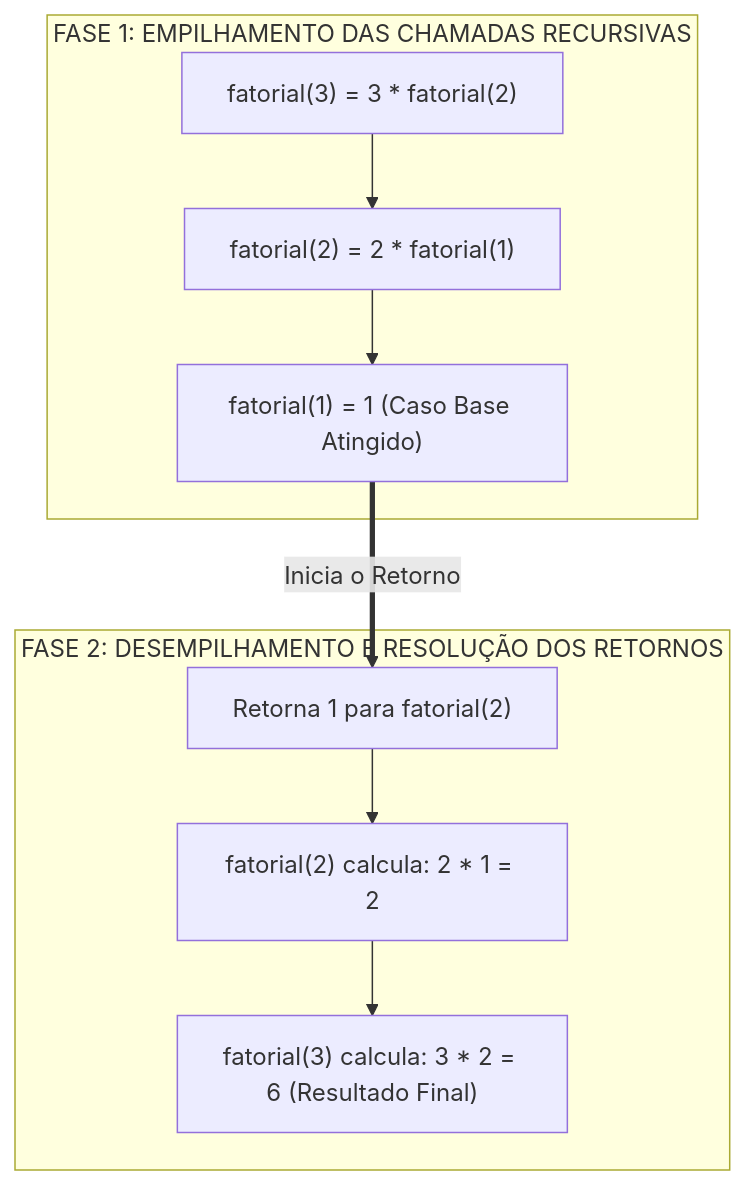
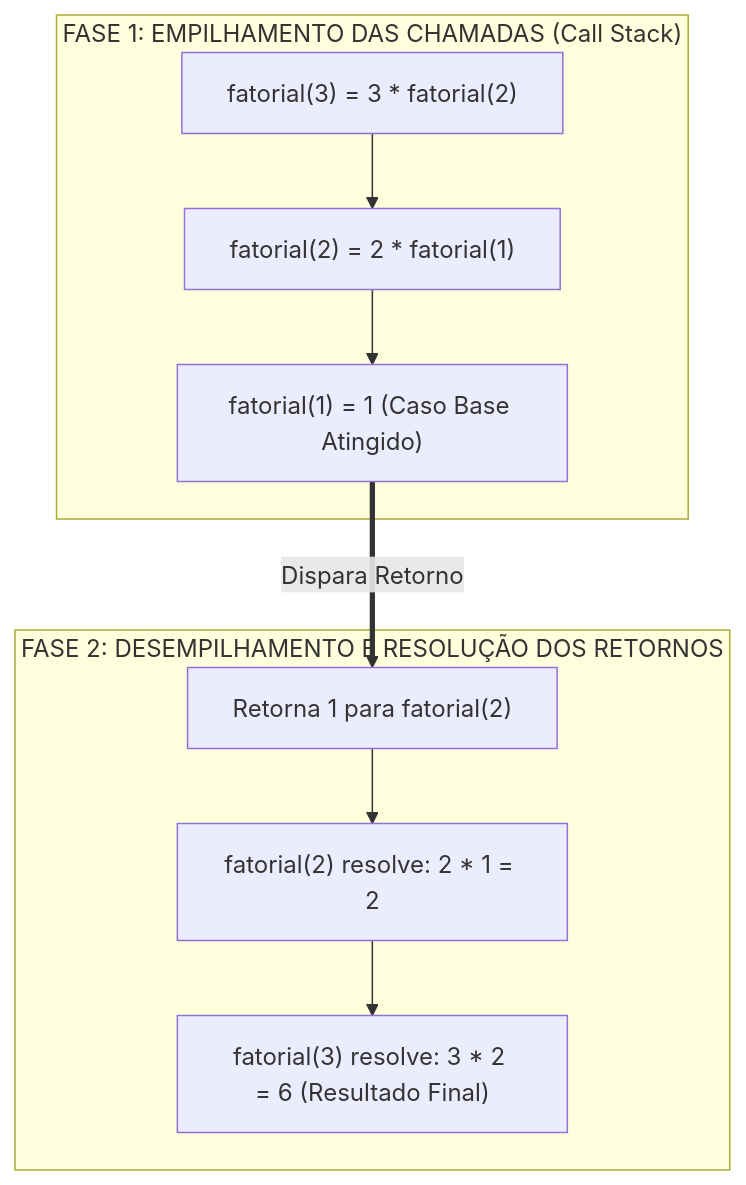
One commit to thiagosantos346/TCE-GO-2027 changed the first of 4 diagrams in fontes_de_estudo/conhecimentos_especificos_b02_ti/05_desenvolvimento_de_sistemas/01_algoritmos_estruturas_de_dados_e_paradigmas.md. Above: the diagram before and after it, drawn with Mermaid. The commit also changed other lines of this file and 119 other files, not shown here.

````diff
--- a/fontes_de_estudo/conhecimentos_especificos_b02_ti/05_desenvolvimento_de_sistemas/01_algoritmos_estruturas_de_dados_e_paradigmas.md
+++ b/fontes_de_estudo/conhecimentos_especificos_b02_ti/05_desenvolvimento_de_sistemas/01_algoritmos_estruturas_de_dados_e_paradigmas.md
@@ -74,12 +60,12 @@
 ```mermaid
 flowchart TD
-    subgraph Fase1["FASE 1: EMPILHAMENTO DAS CHAMADAS RECURSIVAS"]
+    subgraph Fase1["FASE 1: EMPILHAMENTO DAS CHAMADAS (Call Stack)"]
         F3["fatorial(3) = 3 * fatorial(2)"] --> F2["fatorial(2) = 2 * fatorial(1)"]
         F2 --> F1["fatorial(1) = 1 (Caso Base Atingido)"]
     end
     subgraph Fase2["FASE 2: DESEMPILHAMENTO E RESOLUÇÃO DOS RETORNOS"]
-        F1Ret["Retorna 1 para fatorial(2)"] --> F2Ret["fatorial(2) calcula: 2 * 1 = 2"]
-        F2Ret --> F3Ret["fatorial(3) calcula: 3 * 2 = 6 (Resultado Final)"]
+        F1Ret["Retorna 1 para fatorial(2)"] --> F2Ret["fatorial(2) resolve: 2 * 1 = 2"]
+        F2Ret --> F3Ret["fatorial(3) resolve: 3 * 2 = 6 (Resultado Final)"]
     end
-    F1 ==>|Inicia o Retorno| F1Ret
+    F1 ==>|Dispara Retorno| F1Ret
 ```
````
